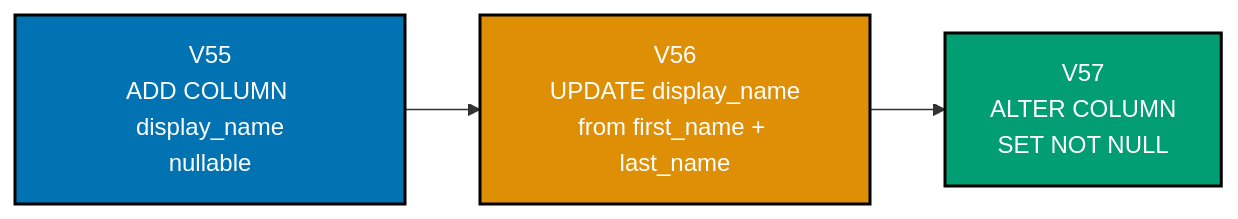
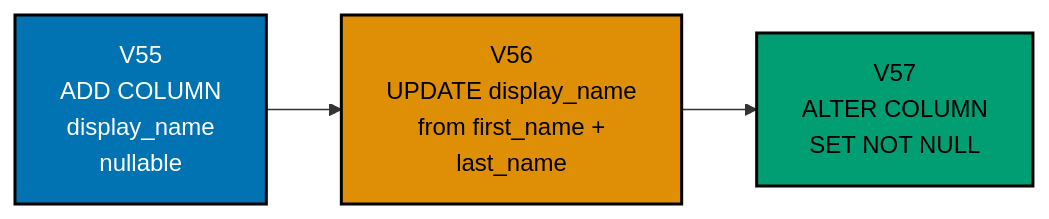
Before and after one commit to wahidyankf/ose-public: the fourth of 9 diagrams in apps/ayokoding-www/content/en/learn/legacy/software-engineering/data/tools/kotlin-flyway/by-example/advanced.md, drawn with Mermaid. The commit also changed other lines of this file and 131 other files, not shown here.

First line of the commit message:
fix(mermaid): bring the legacy data, infrastructure, and testing diagrams onto the accessible palette

````diff
--- a/apps/ayokoding-www/content/en/learn/legacy/software-engineering/data/tools/kotlin-flyway/by-example/advanced.md
+++ b/apps/ayokoding-www/content/en/learn/legacy/software-engineering/data/tools/kotlin-flyway/by-example/advanced.md
@@ -474,14 +483,17 @@
 ```mermaid
 %% Color Palette: Blue #0173B2, Orange #DE8F05, Teal #029E73, Purple #CC78BC, Brown #CA9161
 %% Data backfill migration sequence
 graph LR
-    A["V55\nADD COLUMN display_name\nnullable"]:::blue
-    B["V56\nUPDATE display_name\nfrom first_name + last_name"]:::orange
-    C["V57\nALTER COLUMN\nSET NOT NULL"]:::teal
+    accTitle: Example 68: Data Backfill Pattern
+    accDescr: Graph with 3 nodes and 2 connections. Nodes: V55 ADD COLUMN display_name nullable, V56 UPDATE display_name from first_name + last_name, V57 ALTER COLUMN SET NOT NULL. Connections: V55 ADD COLUMN display_name nullable to V56 UPDATE display_name from first_name + last_name, V56 UPDATE display_name from first_name + last_name to V57 ALTER COLUMN SET NOT NULL.
+    A["V55<br/>ADD COLUMN<br/>display_name<br/>nullable"]:::blue
+    B["V56<br/>UPDATE display_name<br/>from first_name +<br/>last_name"]:::orange
+    C["V57<br/>ALTER COLUMN<br/>SET NOT NULL"]:::teal
 
     A --> B --> C
 
     classDef blue fill:#0173B2,stroke:#000000,color:#FFFFFF,stroke-width:2px
-    classDef orange fill:#DE8F05,stroke:#000000,color:#FFFFFF,stroke-width:2px
-    classDef teal fill:#029E73,stroke:#000000,color:#FFFFFF,stroke-width:2px
+    classDef orange fill:#DE8F05,stroke:#000000,color:#000000,stroke-width:2px
+    classDef teal fill:#029E73,stroke:#000000,color:#000000,stroke-width:2px
+    classDef default fill:#FFFFFF,stroke:#000000,color:#000000
 ```
````
